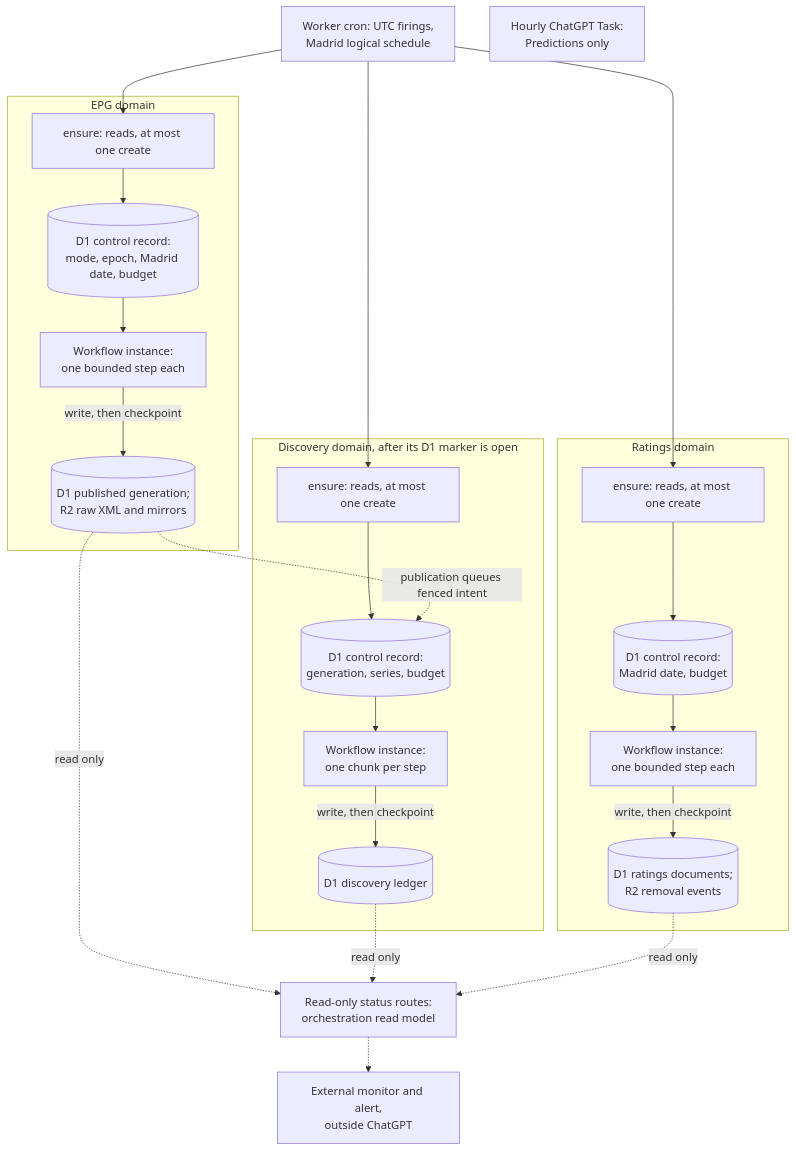
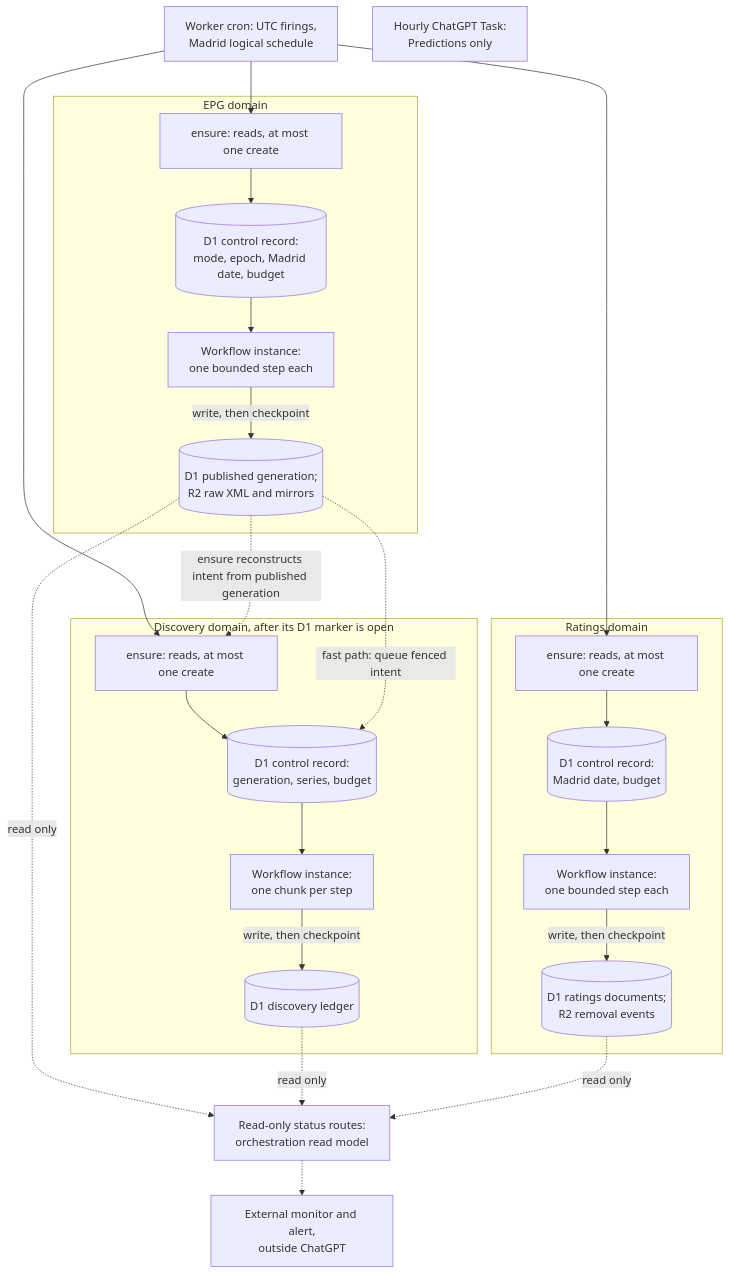
Before and after one commit to vladimino/iptv-watchlist: the seventh of 8 diagrams in docs/architecture/scheduling-and-orchestration.md, drawn with Mermaid. The commit also changed other lines of this file and 5 other files, not shown here.

First line of the commit message:
AIR-345: add mode-switch drain protocol and published-generation intent recovery

````diff
--- a/docs/architecture/scheduling-and-orchestration.md
+++ b/docs/architecture/scheduling-and-orchestration.md
@@ -220,32 +220,33 @@
 ```mermaid
 flowchart TD
     cron["Worker cron: UTC firings,<br/>Madrid logical schedule"]
     subgraph epgDomain["EPG domain"]
         ensureEpg["ensure: reads, at most one create"]
         epgCtl[("D1 control record:<br/>mode, epoch, Madrid date, budget")]
         epgWf["Workflow instance:<br/>one bounded step each"]
         epgAuth[("D1 published generation;<br/>R2 raw XML and mirrors")]
         ensureEpg --> epgCtl --> epgWf -->|write, then checkpoint| epgAuth
     end
     subgraph discDomain["Discovery domain, after its D1 marker is open"]
         ensureDisc["ensure: reads, at most one create"]
         discCtl[("D1 control record:<br/>generation, series, budget")]
         discWf["Workflow instance:<br/>one chunk per step"]
         discAuth[("D1 discovery ledger")]
         ensureDisc --> discCtl --> discWf -->|write, then checkpoint| discAuth
     end
     subgraph ratDomain["Ratings domain"]
         ensureRat["ensure: reads, at most one create"]
         ratCtl[("D1 control record:<br/>Madrid date, budget")]
         ratWf["Workflow instance:<br/>one bounded step each"]
         ratAuth[("D1 ratings documents;<br/>R2 removal events")]
         ensureRat --> ratCtl --> ratWf -->|write, then checkpoint| ratAuth
     end
     status["Read-only status routes:<br/>orchestration read model"]
     monitor["External monitor and alert,<br/>outside ChatGPT"]
     hourly["Hourly ChatGPT Task:<br/>Predictions only"]
     cron --> ensureEpg & ensureDisc & ensureRat
-    epgAuth -.->|publication queues fenced intent| discCtl
+    epgAuth -.->|fast path: queue fenced intent| discCtl
+    epgAuth -.->|ensure reconstructs intent from published generation| ensureDisc
     epgAuth & discAuth & ratAuth -.->|read only| status
     status -.-> monitor
 ```
````
